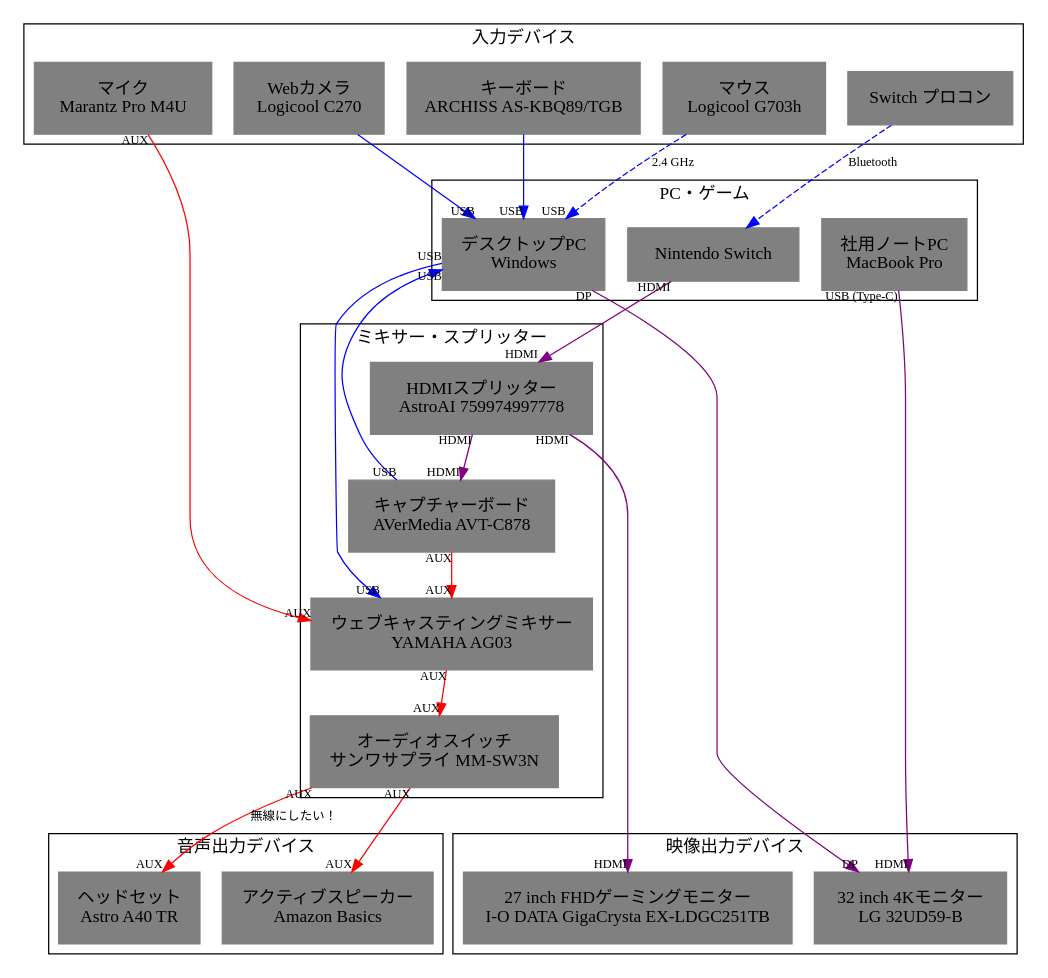
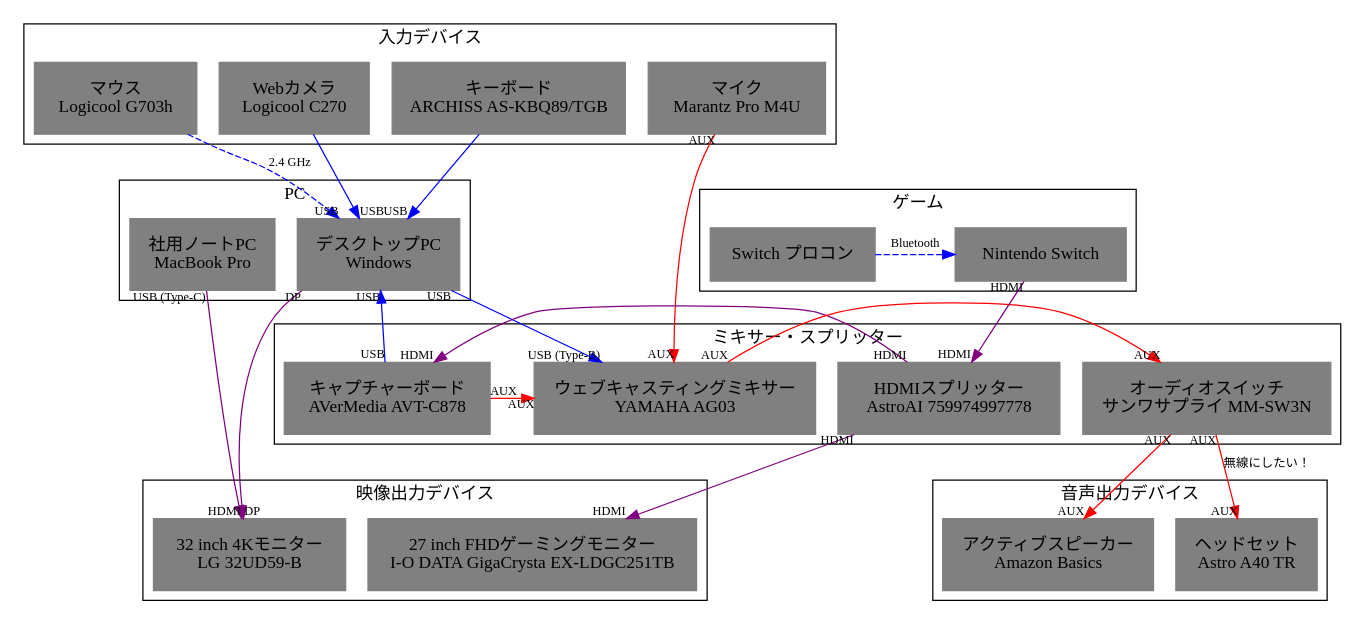
The diagram in desktop.dot (tubo28/desktop), drawn with Graphviz before and after one commit. The commit also changed 1 other file, not shown here.

Commit message:
Create cluster_videogame

```diff
--- a/desktop.dot
+++ b/desktop.dot
@@ -1,71 +1,76 @@
 digraph {
     newrank=true;
 
     graph [fontname="mplus-1p-light"];
     node [fontname="mplus-1p-light", margin=0.2, color="gray", shape="box", style="filled"];
     edge [fontname="mplus-1p-light", fontsize=10];
 
     subgraph cluster_pcs {
-        label="PC・ゲーム";
+        label="PC";
         rank=same;
         pc_windows [label="デスクトップPC\nWindows"];
         pc_mbp [label="社用ノートPC\nMacBook Pro"];
-        nintendo_switch [label="Nintendo Switch"];
     }
 
     subgraph cluster_input {
         label="入力デバイス";
         rank=same;
         keyboard [label="キーボード\nARCHISS AS-KBQ89/TGB"];
         mouse [label="マウス\nLogicool G703h"];
         mic [label="マイク\nMarantz Pro M4U"];
         cam [label="Webカメラ\nLogicool C270"];
-        switch_controller [color="gray", label="Switch プロコン"];
     }
 
     subgraph cluster_mix {
         label="ミキサー・スプリッター";
-        // rank=same;
+        rank=same;
         hdmi_splitter [label="HDMIスプリッター\nAstroAI 759974997778"];
         capture_board [label="キャプチャーボード\nAVerMedia AVT-C878"];
         webcasting_mixer [label="ウェブキャスティングミキサー\nYAMAHA AG03"];
         audio_switcher [label="オーディオスイッチ\nサンワサプライ MM-SW3N"];
     }
 
     subgraph cluster_video_output {
         label="映像出力デバイス";
         rank=same;
         monitor_4k [label="32 inch 4Kモニター\nLG 32UD59-B"];
         monitor_gigacrysta [label="27 inch FHDゲーミングモニター\nI-O DATA GigaCrysta EX-LDGC251TB"];
     }
 
     subgraph cluster_audio_output {
         label="音声出力デバイス";
         rank=same;
         active_speaker [label="アクティブスピーカー\nAmazon Basics"];
         headset [label="ヘッドセット\nAstro A40 TR"];
     }
 
+    subgraph cluster_videogame {
+        label="ゲーム";
+        rank=same;
+        nintendo_switch [label="Nintendo Switch"];
+        switch_controller [color="gray", label="Switch プロコン"];
+    }
+
     { rank=same; monitor_4k, monitor_gigacrysta, active_speaker, headset }
 
     nintendo_switch   -> hdmi_splitter      [color=purple, taillabel="HDMI", headlabel="HDMI"];
     hdmi_splitter     -> monitor_gigacrysta [color=purple, taillabel="HDMI", headlabel="HDMI"];
     hdmi_splitter     -> capture_board      [color=purple, taillabel="HDMI", headlabel="HDMI"];
     capture_board     -> pc_windows         [color=blue, taillabel="USB", headlabel="USB"];
 
     mouse             -> pc_windows         [color=blue, headlabel="USB", label="2.4 GHz", style="dashed"];
     keyboard          -> pc_windows         [color=blue, headlabel="USB"];
     mic               -> webcasting_mixer   [color=red, taillabel="AUX", headlabel="AUX"];
     cam               -> pc_windows         [color=blue, headlabel="USB"];
     switch_controller -> nintendo_switch    [color=blue, label="Bluetooth", style="dashed"];
 
     pc_windows        -> monitor_4k         [color=purple, taillabel="DP", headlabel="DP"];
     pc_mbp            -> monitor_4k         [color=purple, taillabel="USB (Type-C)", headlabel="HDMI"];
-    pc_windows        -> webcasting_mixer   [color=blue, taillabel="USB", headlabel="USB"]
+    pc_windows        -> webcasting_mixer   [color=blue, taillabel="USB", headlabel="USB (Type-B)"]
 
     webcasting_mixer  -> audio_switcher     [color=red, taillabel="AUX", headlabel="AUX"];
     audio_switcher    -> headset            [color=red, taillabel="AUX", headlabel="AUX", label="無線にしたい！"];
     audio_switcher    -> active_speaker     [color=red, taillabel="AUX", headlabel="AUX"];
 
     capture_board     -> webcasting_mixer   [color=red, taillabel="AUX", headlabel="AUX"];
 }
```
